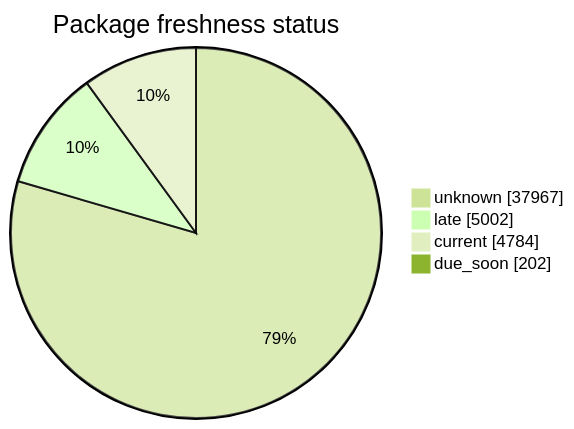
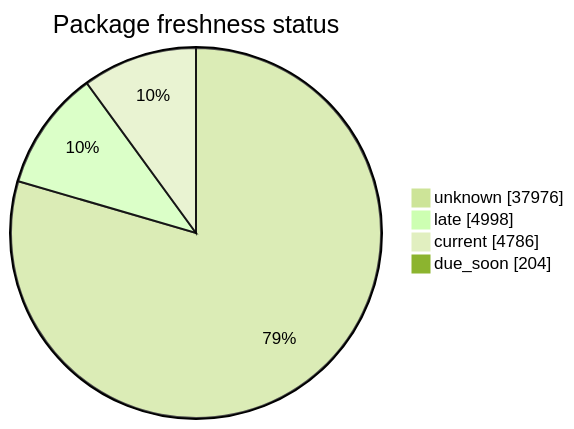
The second of 5 diagrams in FreshCheck/README.md (open-data/analytics-corporate-reporting), drawn with Mermaid (forest theme) before and after one commit. The commit also changed other lines of this file and 3 other files, not shown here.

````diff
--- a/FreshCheck/README.md
+++ b/FreshCheck/README.md
@@ -68,7 +68,7 @@
 ```mermaid
 pie showData title Package freshness status
-    "unknown": 37967
-    "late": 5002
-    "current": 4784
-    "due_soon": 202
+    "unknown": 37976
+    "late": 4998
+    "current": 4786
+    "due_soon": 204
 ```
````
